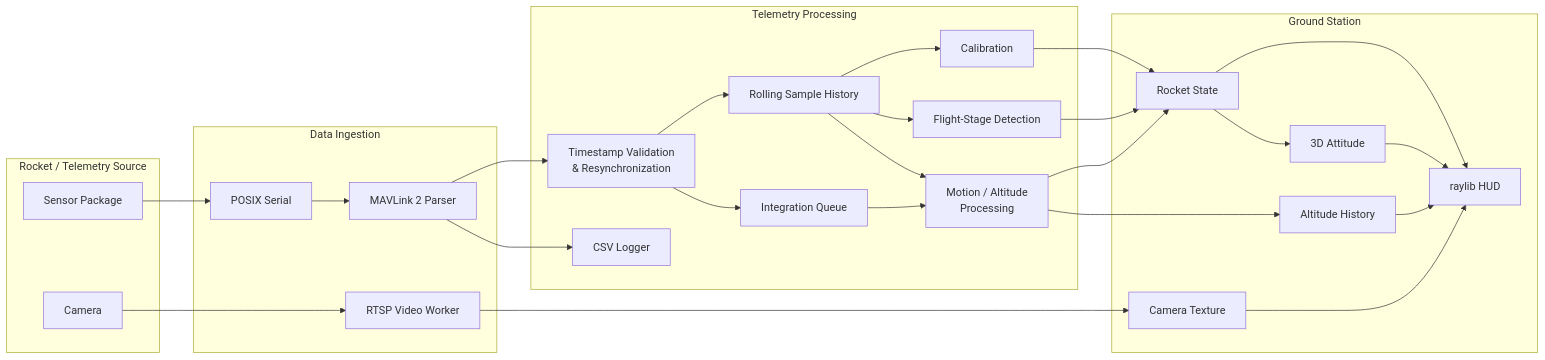
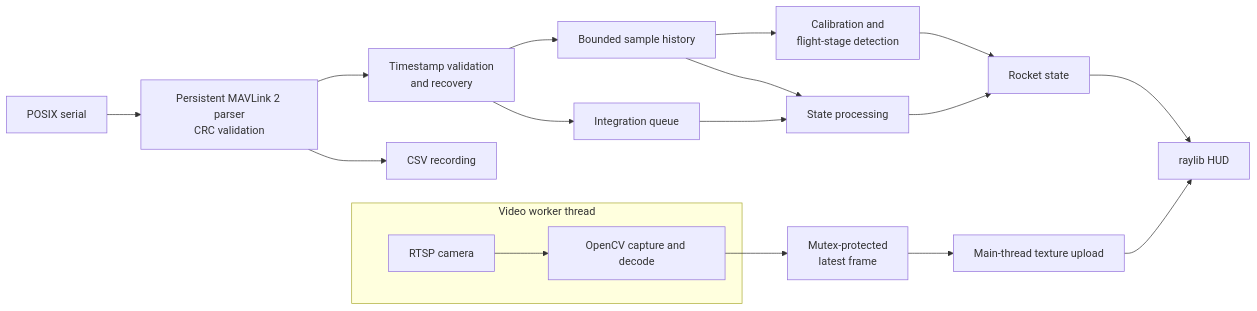
Before and after one commit to legomyleg/BYU_Telemetry_HUD: the diagram in README_recruiter.md, drawn with Mermaid. The commit also changed other lines of this file, not shown here.

````diff
--- a/README_recruiter.md
+++ b/README_recruiter.md
@@ -193,51 +82,21 @@
 ```mermaid
 flowchart LR
-    subgraph Rocket["Rocket / Telemetry Source"]
-        Sensors["Sensor Package"]
-        Camera["Camera"]
+    Serial["POSIX serial"] --> Parser["Persistent MAVLink 2 parser<br/>CRC validation"]
+    Parser --> Log["CSV recording"]
+    Parser --> Time["Timestamp validation<br/>and recovery"]
+    Time --> History["Bounded sample history"]
+    Time --> Queue["Integration queue"]
+    History --> Calibration["Calibration and<br/>flight-stage detection"]
+    History --> Processing["State processing"]
+    Queue --> Processing
+    Calibration --> State["Rocket state"]
+    Processing --> State
+    State --> HUD["raylib HUD"]
+
+    subgraph Worker["Video worker thread"]
+        Camera["RTSP camera"] --> Decode["OpenCV capture and decode"]
     end
-
-    subgraph Ingestion["Data Ingestion"]
-        Serial["POSIX Serial"]
-        Parser["MAVLink 2 Parser"]
-        Video["RTSP Video Worker"]
-    end
-
-    subgraph Processing["Telemetry Processing"]
-        Validate["Timestamp Validation<br>& Resynchronization"]
-        History["Rolling Sample History"]
-        Queue["Integration Queue"]
-        Calib["Calibration"]
-        Stage["Flight-Stage Detection"]
-        Estimate["Motion / Altitude<br>Processing"]
-        Logger["CSV Logger"]
-    end
-
-    subgraph Display["Ground Station"]
-        State["Rocket State"]
-        HUD["raylib HUD"]
-        Model["3D Attitude"]
-        Graph["Altitude History"]
-        Feed["Camera Texture"]
-    end
-
-    Sensors --> Serial --> Parser
-    Parser --> Logger
-    Parser --> Validate
-    Validate --> History
-    Validate --> Queue
-    History --> Calib
-    History --> Stage
-    History --> Estimate
-    Queue --> Estimate
-    Calib --> State
-    Stage --> State
-    Estimate --> State
-    State --> HUD
-    State --> Model
-    Estimate --> Graph
-    Model --> HUD
-    Graph --> HUD
-
-    Camera --> Video --> Feed --> HUD
+    Decode --> Frame["Mutex-protected<br/>latest frame"]
+    Frame --> Texture["Main-thread texture upload"]
+    Texture --> HUD
 ```
````
